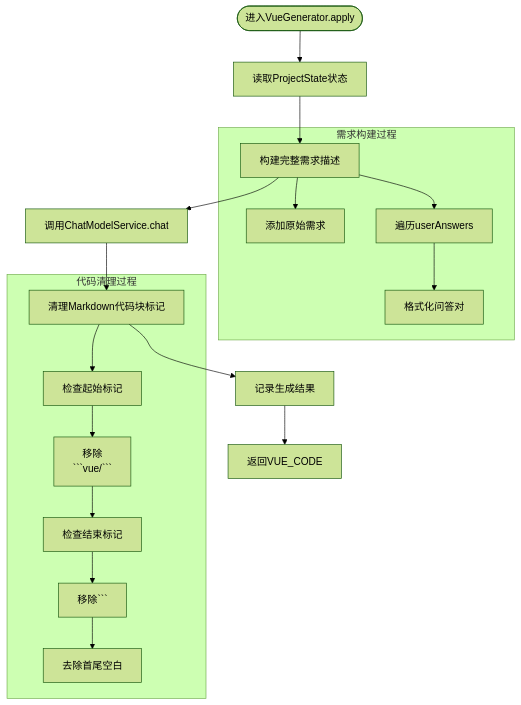
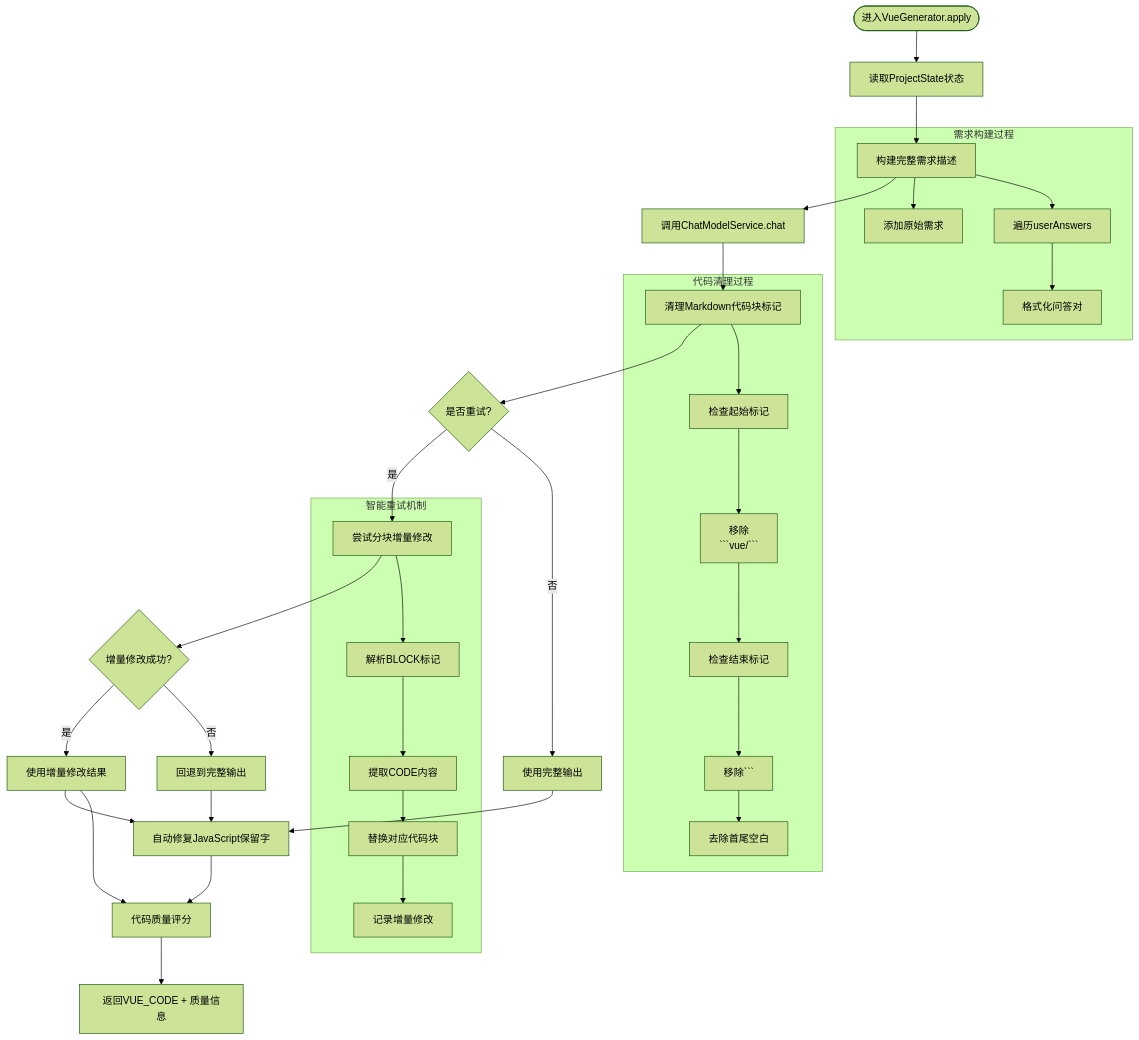
The fourth of 16 diagrams in .qoder/repowiki/zh/content/AI工作流系统/AI节点分析/Vue代码生成节点.md (CyanYuKi/WebSiteFrontendCodeMother), drawn with Mermaid (forest theme) before and after one commit. The commit also changed other lines of this file and 21 other files, not shown here.

````diff
--- a/.qoder/repowiki/zh/content/AI工作流系统/AI节点分析/Vue代码生成节点.md
+++ b/.qoder/repowiki/zh/content/AI工作流系统/AI节点分析/Vue代码生成节点.md
@@ -193,22 +230,38 @@
 ```mermaid
 flowchart TD
 Start([进入VueGenerator.apply]) --> ReadState["读取ProjectState状态"]
 ReadState --> BuildReq["构建完整需求描述"]
 BuildReq --> CallLLM["调用ChatModelService.chat"]
 CallLLM --> CleanCode["清理Markdown代码块标记"]
-CleanCode --> LogResult["记录生成结果"]
-LogResult --> ReturnResult["返回VUE_CODE"]
+CleanCode --> CheckRetry{"是否重试?"}
+CheckRetry --> |是| TryPatch["尝试分块增量修改"]
+TryPatch --> PatchSuccess{"增量修改成功?"}
+PatchSuccess --> |是| UsePatched["使用增量修改结果"]
+PatchSuccess --> |否| Fallback["回退到完整输出"]
+CheckRetry --> |否| UseFull["使用完整输出"]
+UsePatched --> FixReserved["自动修复JavaScript保留字"]
+UsePatched --> QualityScore["代码质量评分"]
+Fallback --> FixReserved
+UseFull --> FixReserved
+FixReserved --> QualityScore
+QualityScore --> ReturnResult["返回VUE_CODE + 质量信息"]
 subgraph "需求构建过程"
 BuildReq --> AddOriginal["添加原始需求"]
 BuildReq --> AddAnswers["遍历userAnswers"]
 AddAnswers --> FormatAnswer["格式化问答对"]
 end
 subgraph "代码清理过程"
 CleanCode --> CheckStart["检查起始标记"]
 CheckStart --> RemoveStart["移除
 ```vue/```"]
-        RemoveStart --> CheckEnd["检查结束标记"]
-        CheckEnd --> RemoveEnd["移除```"]
-        RemoveEnd --> TrimCode["去除首尾空白"]
-    end
+RemoveStart --> CheckEnd["检查结束标记"]
+CheckEnd --> RemoveEnd["移除```"]
+RemoveEnd --> TrimCode["去除首尾空白"]
+end
+subgraph "智能重试机制"
+TryPatch --> ParseBlock["解析BLOCK标记"]
+ParseBlock --> ExtractCode["提取CODE内容"]
+ExtractCode --> ReplaceBlock["替换对应代码块"]
+ReplaceBlock --> LogPatch["记录增量修改"]
+end
 ```
````
